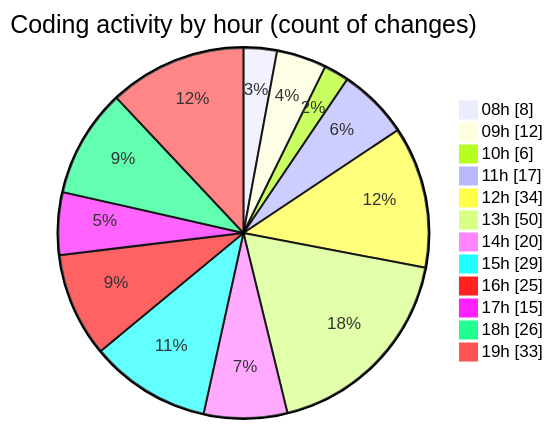
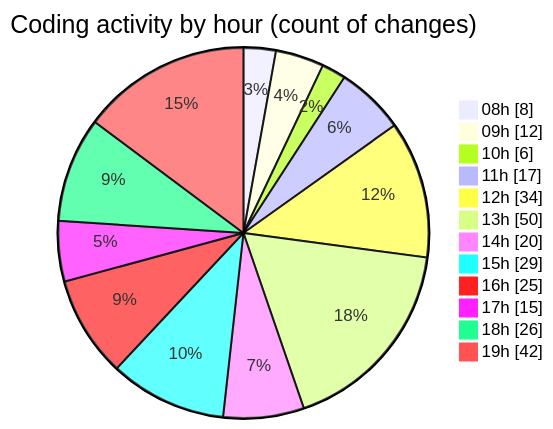
Before and after one commit to momahboobian/code-tracking: the second of 2 diagrams in 2025-09-15/cda/README.md, drawn with Mermaid. The commit also changed other lines of this file and 1 other file, not shown here.

````diff
--- a/2025-09-15/cda/README.md
+++ b/2025-09-15/cda/README.md
@@ -37,16 +37,16 @@
 ```mermaid
 pie showData
 title Coding activity by hour (count of changes)
 "08h" : 8
 "09h" : 12
 "10h" : 6
 "11h" : 17
 "12h" : 34
 "13h" : 50
 "14h" : 20
 "15h" : 29
 "16h" : 25
 "17h" : 15
 "18h" : 26
-"19h" : 33
+"19h" : 42
 ```
````
